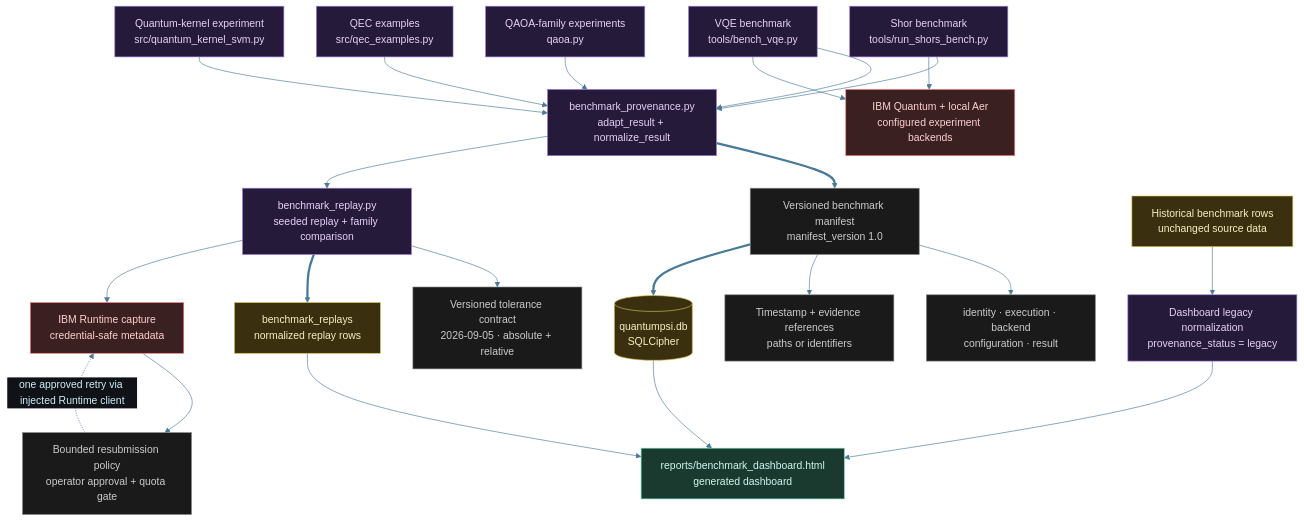
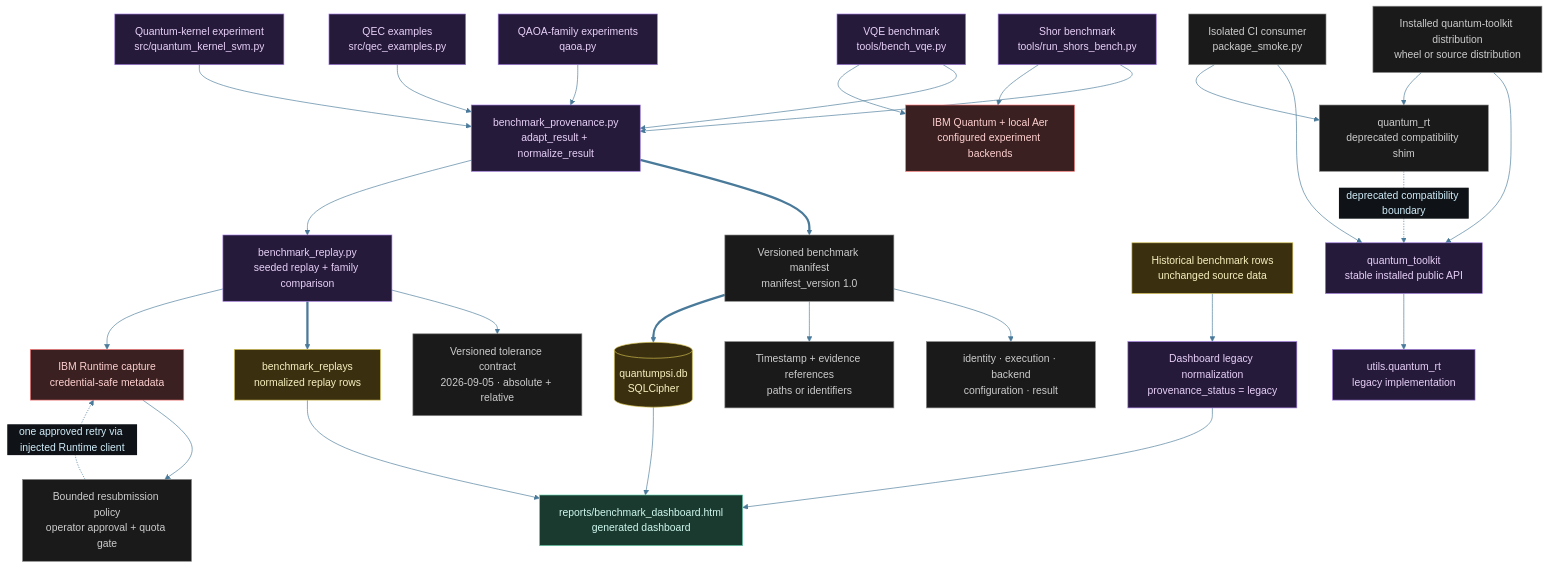
One commit to tylerdrakemusic/Quantum changed the diagram in diagrams/quantum-architecture.mmd. Above: the diagram before and after it, drawn with Mermaid. The commit also changed 1 other file, not shown here.

Commit message:
⟨ψ⟩ quantum: update package consumption diagrams

```diff
--- a/diagrams/quantum-architecture.mmd
+++ b/diagrams/quantum-architecture.mmd
@@ -1,55 +1,66 @@
 %%{init: {'theme': 'base', 'themeVariables': {'primaryColor': '#1a2e3a', 'primaryTextColor': '#d0ecf8', 'edgeLabelBackground': '#0f1318', 'lineColor': '#4a7a9a'}}}%%
 %% is_derived_view=false
 %% Traceability.derived_views: diagrams/quantum-derived-cache-integrity.mmd
 graph TB
     Shor[Shor benchmark<br/>tools/run_shors_bench.py]:::quantum
     VQE[VQE benchmark<br/>tools/bench_vqe.py]:::quantum
     QAOA[QAOA-family experiments<br/>qaoa.py]:::quantum
     QEC[QEC examples<br/>src/qec_examples.py]:::quantum
     Kernel[Quantum-kernel experiment<br/>src/quantum_kernel_svm.py]:::quantum
     Contract[benchmark_provenance.py<br/>adapt_result + normalize_result]:::quantum
     Replay[benchmark_replay.py<br/>seeded replay + family comparison]:::quantum
     Tolerance[Versioned tolerance contract<br/>2026-09-05 · absolute + relative]:::state
     RuntimeCapture[IBM Runtime capture<br/>credential-safe metadata]:::ext
     RuntimePolicy[Bounded resubmission policy<br/>operator approval + quota gate]:::state
     Manifest[Versioned benchmark manifest<br/>manifest_version 1.0]:::state
     Sections[identity · execution · backend<br/>configuration · result]:::state
     Evidence[Timestamp + evidence references<br/>paths or identifiers]:::state
     QuantumDB[(quantumpsi.db<br/>SQLCipher)]:::db
     ReplayRows[benchmark_replays<br/>normalized replay rows]:::db
     Legacy[Historical benchmark rows<br/>unchanged source data]:::db
     Normalize[Dashboard legacy normalization<br/>provenance_status = legacy]:::quantum
     Dashboard[reports/benchmark_dashboard.html<br/>generated dashboard]:::store
     Backends[IBM Quantum + local Aer<br/>configured experiment backends]:::ext
+    InstalledPackage[Installed quantum-toolkit distribution<br/>wheel or source distribution]:::state
+    PublicAPI[quantum_toolkit<br/>stable installed public API]:::quantum
+    LegacyAPI[quantum_rt<br/>deprecated compatibility shim]:::state
+    RuntimeAPI[utils.quantum_rt<br/>legacy implementation]:::quantum
+    ConsumerSmoke[Isolated CI consumer<br/>package_smoke.py]:::state
     Shor --> Contract
     VQE --> Contract
     QAOA --> Contract
     QEC --> Contract
     Kernel --> Contract
     Contract ==> Manifest
     Manifest --> Sections
     Manifest --> Evidence
     Contract --> Replay
     Replay --> Tolerance
     Replay ==> ReplayRows
     Replay --> RuntimeCapture
     RuntimeCapture --> RuntimePolicy
     RuntimePolicy -.->|"one approved retry via injected Runtime client"| RuntimeCapture
     Shor --> Backends
     VQE --> Backends
     Manifest ==> QuantumDB
     ReplayRows --> Dashboard
     Legacy --> Normalize
     Normalize --> Dashboard
     QuantumDB --> Dashboard
+    InstalledPackage --> PublicAPI
+    InstalledPackage --> LegacyAPI
+    PublicAPI --> RuntimeAPI
+    LegacyAPI -.->|"deprecated compatibility boundary"| PublicAPI
+    ConsumerSmoke --> PublicAPI
+    ConsumerSmoke --> LegacyAPI
 
 classDef life     fill:#1a2e3a,stroke:#6ab4d4,color:#d0ecf8
 classDef music    fill:#3a1a24,stroke:#d47a8f,color:#f8d0dc
 classDef quantum  fill:#251a3a,stroke:#a07adf,color:#e8d0f8
 classDef manifest fill:#3a2e1a,stroke:#d4a96a,color:#f8ead0
 classDef ws       fill:#1a3a30,stroke:#6ad4b4,color:#d0f8ee
 classDef tyler    fill:#2a1a3a,stroke:#9e4aff,color:#fff
 classDef ext      fill:#3a2020,stroke:#ff7a7a,color:#ffd0d0
 classDef db       fill:#3a3010,stroke:#d4c050,color:#f8f0c0
 classDef state    fill:#1a1a1a,stroke:#888888,color:#cccccc
 classDef store    fill:#1a3a30,stroke:#6ad4b4,color:#d0f8ee
```
